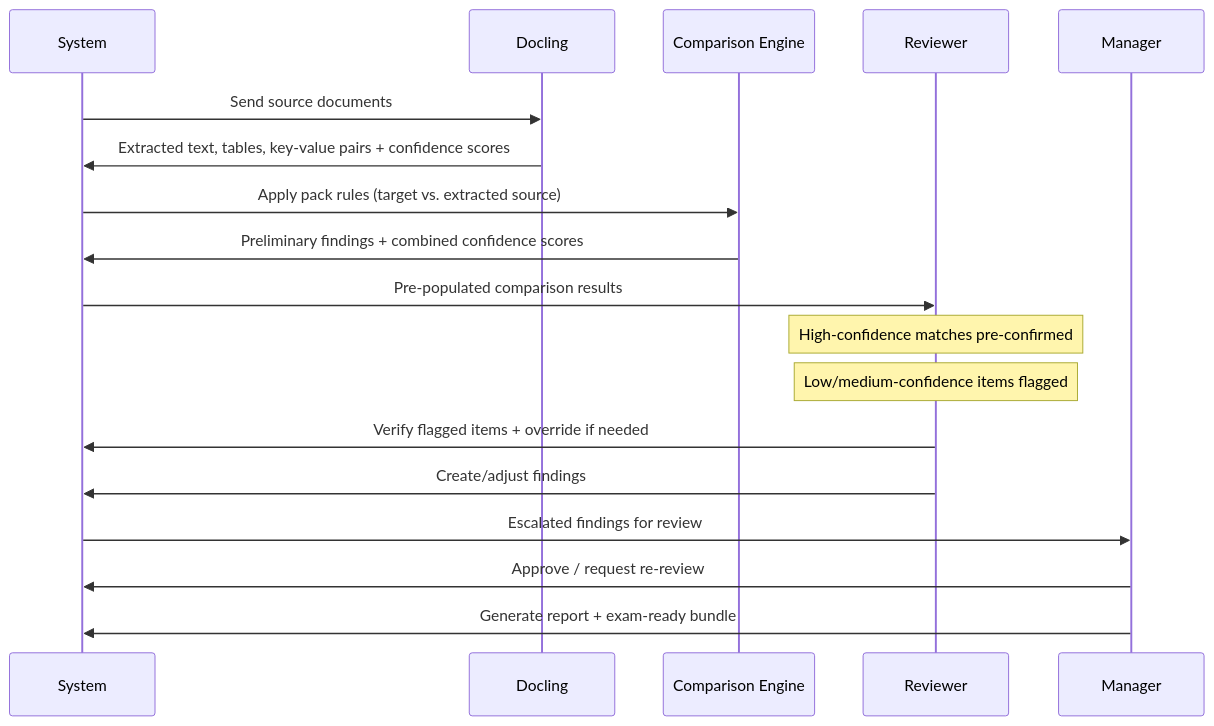
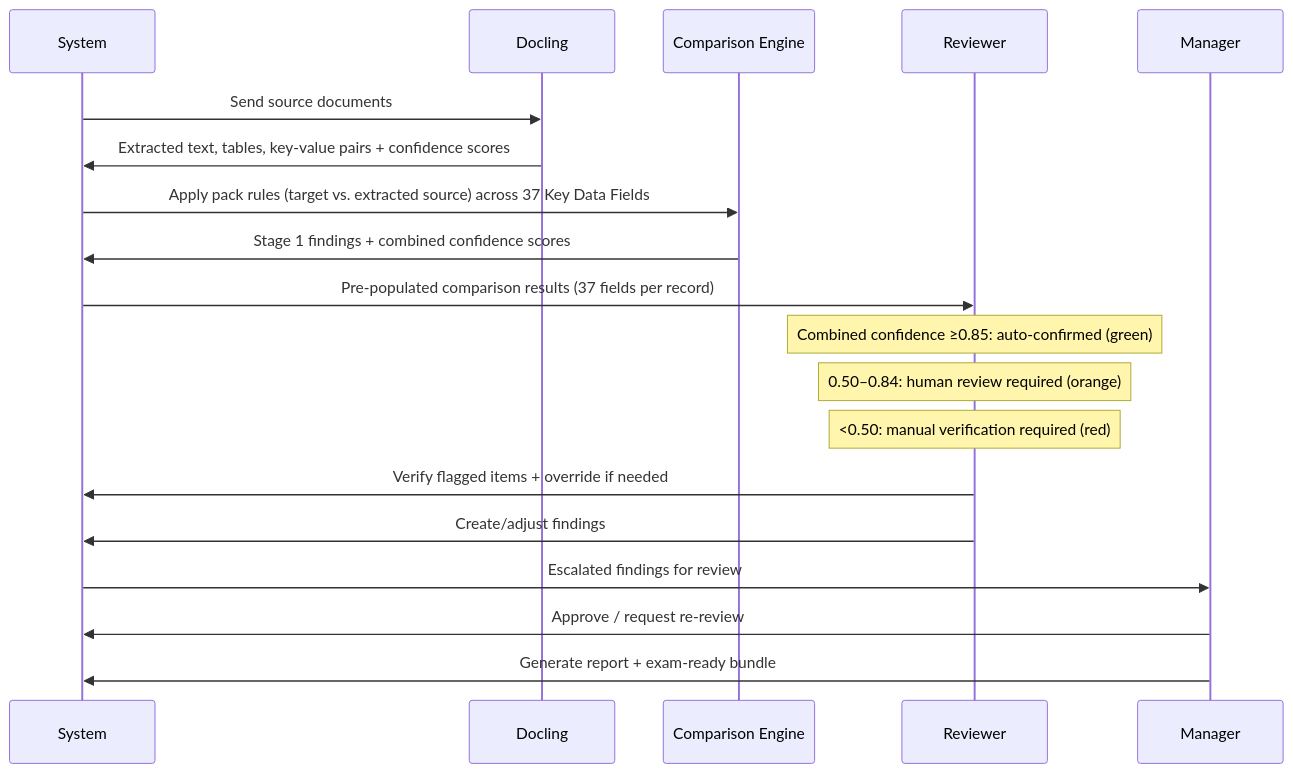
Before and after one commit to epieczko-re/audit-iq-docs: the tenth of 28 diagrams in src/docs/asciidoc/auditiq-product-architecture-delivery-plan/product-requirements/index.adoc, drawn with Mermaid. The commit also changed other lines of this file and 1 other file, not shown here.

```diff
--- a/src/docs/asciidoc/auditiq-product-architecture-delivery-plan/product-requirements/index.adoc
+++ b/src/docs/asciidoc/auditiq-product-architecture-delivery-plan/product-requirements/index.adoc
@@ -787,22 +789,23 @@
 [mermaid]
 ----
 sequenceDiagram
   participant System
   participant Docling
   participant CompEngine as Comparison Engine
   participant Reviewer
   participant Manager
 
   System->>Docling: Send source documents
   Docling->>System: Extracted text, tables, key-value pairs + confidence scores
-  System->>CompEngine: Apply pack rules (target vs. extracted source)
-  CompEngine->>System: Preliminary findings + combined confidence scores
-  System->>Reviewer: Pre-populated comparison results
-  Note over Reviewer: High-confidence matches pre-confirmed
-  Note over Reviewer: Low/medium-confidence items flagged
+  System->>CompEngine: Apply pack rules (target vs. extracted source) across 37 Key Data Fields
+  CompEngine->>System: Stage 1 findings + combined confidence scores
+  System->>Reviewer: Pre-populated comparison results (37 fields per record)
+  Note over Reviewer: Combined confidence ≥0.85: auto-confirmed (green)
+  Note over Reviewer: 0.50–0.84: human review required (orange)
+  Note over Reviewer: <0.50: manual verification required (red)
   Reviewer->>System: Verify flagged items + override if needed
   Reviewer->>System: Create/adjust findings
   System->>Manager: Escalated findings for review
   Manager->>System: Approve / request re-review
   Manager->>System: Generate report + exam-ready bundle
 ----
```
